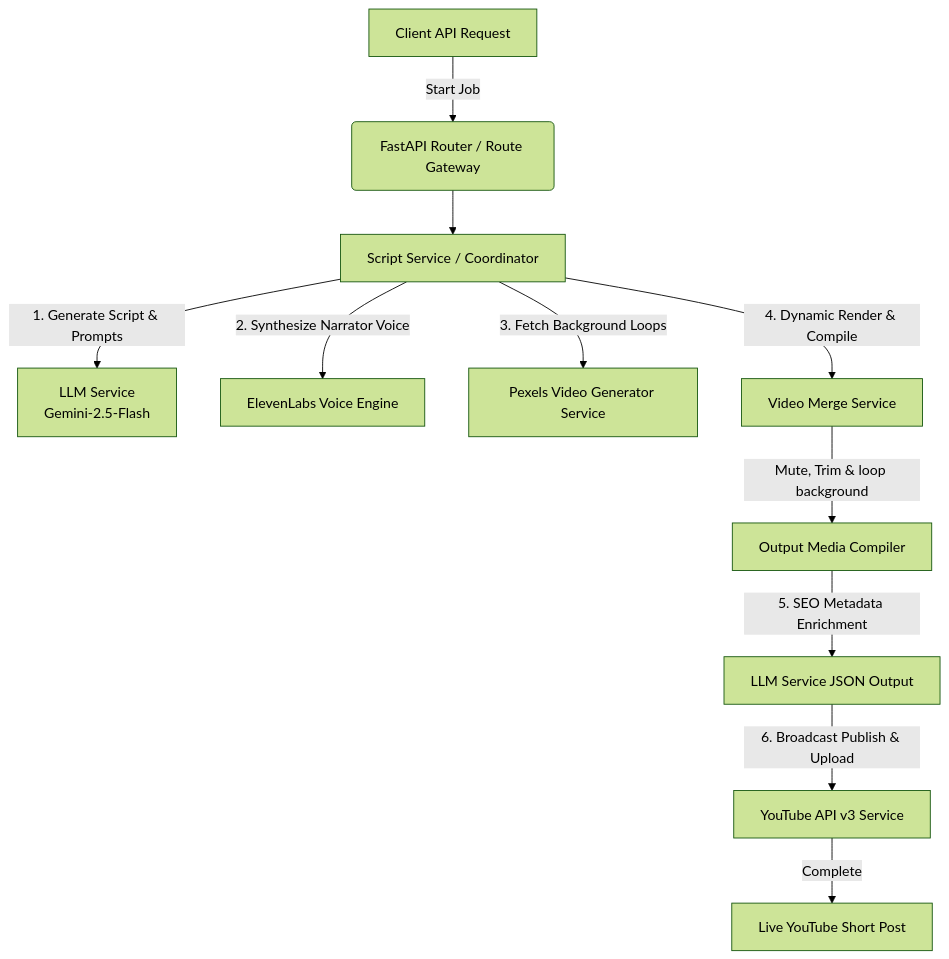
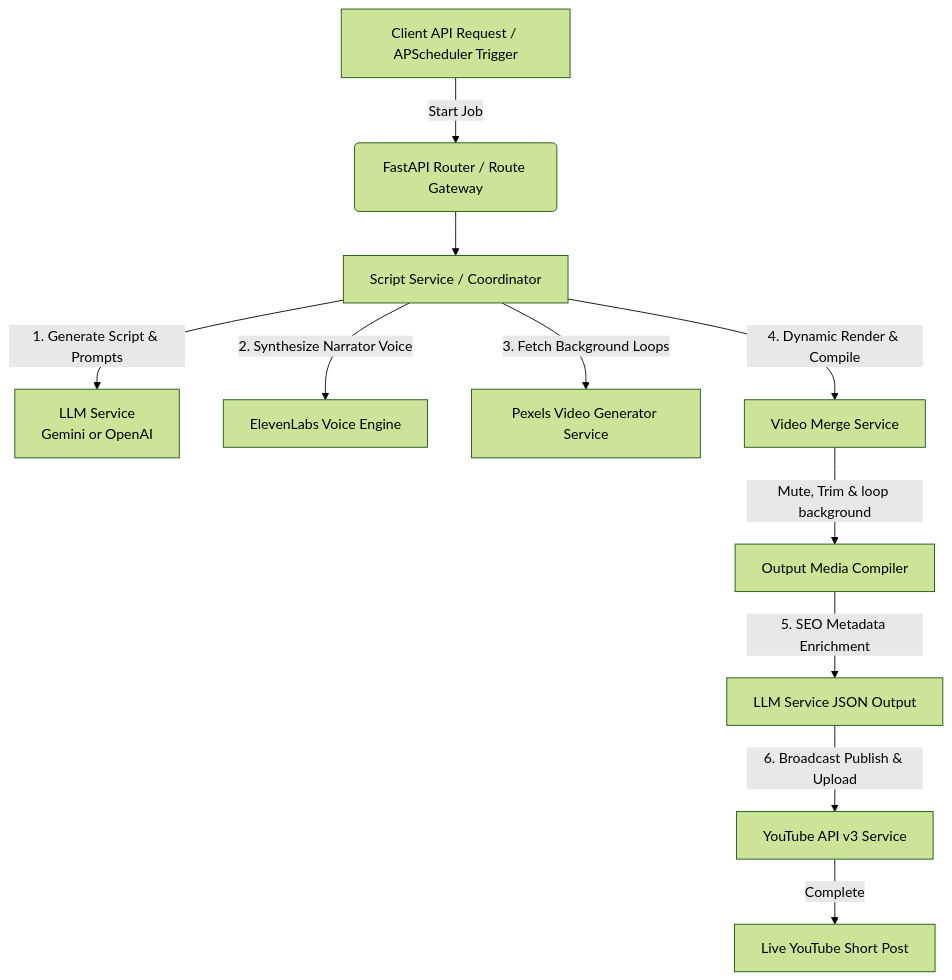
One commit to indvx/dg_shorts_ai changed the first of 2 diagrams in README.md. Above: the diagram before and after it, drawn with Mermaid (forest theme). The commit also changed other lines of this file and 1 other file, not shown here.

Commit message:
feat: add support for OpenAI and PostgreSQL configuration with updated environment variables and documentation

````diff
--- a/README.md
+++ b/README.md
@@ -9,13 +13,13 @@
 ```mermaid
 graph TD
-    A[Client API Request] -->|Start Job| B(FastAPI Router / Route Gateway)
+    A[Client API Request / APScheduler Trigger] -->|Start Job| B(FastAPI Router / Route Gateway)
     B --> C[Script Service / Coordinator]
-    C -->|1. Generate Script & Prompts| D[LLM Service <br> Gemini-2.5-Flash]
+    C -->|1. Generate Script & Prompts| D[LLM Service <br> Gemini or OpenAI]
     C -->|2. Synthesize Narrator Voice| E[ElevenLabs Voice Engine]
     C -->|3. Fetch Background Loops| F[Pexels Video Generator Service]
     C -->|4. Dynamic Render & Compile| G[Video Merge Service]
     G -->|Mute, Trim & loop background| H[Output Media Compiler]
     H -->|5. SEO Metadata Enrichment| I[LLM Service JSON Output]
     I -->|6. Broadcast Publish & Upload| J[YouTube API v3 Service]
     J -->|Complete| K[Live YouTube Short Post]
 ```
````
